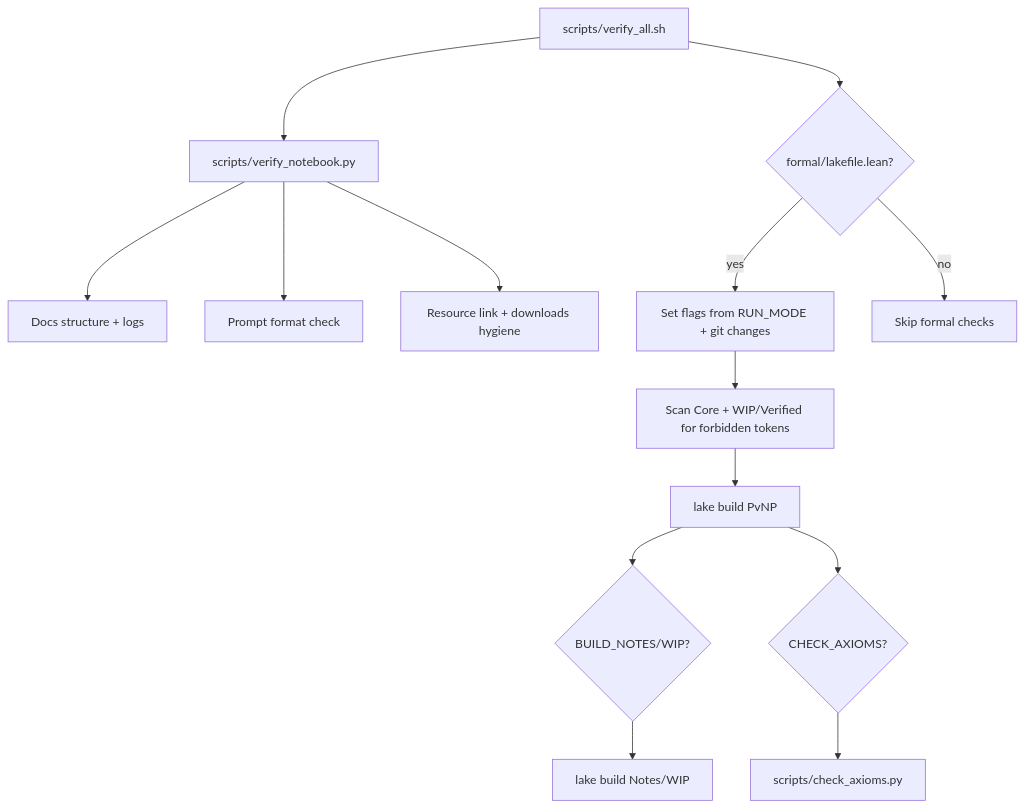
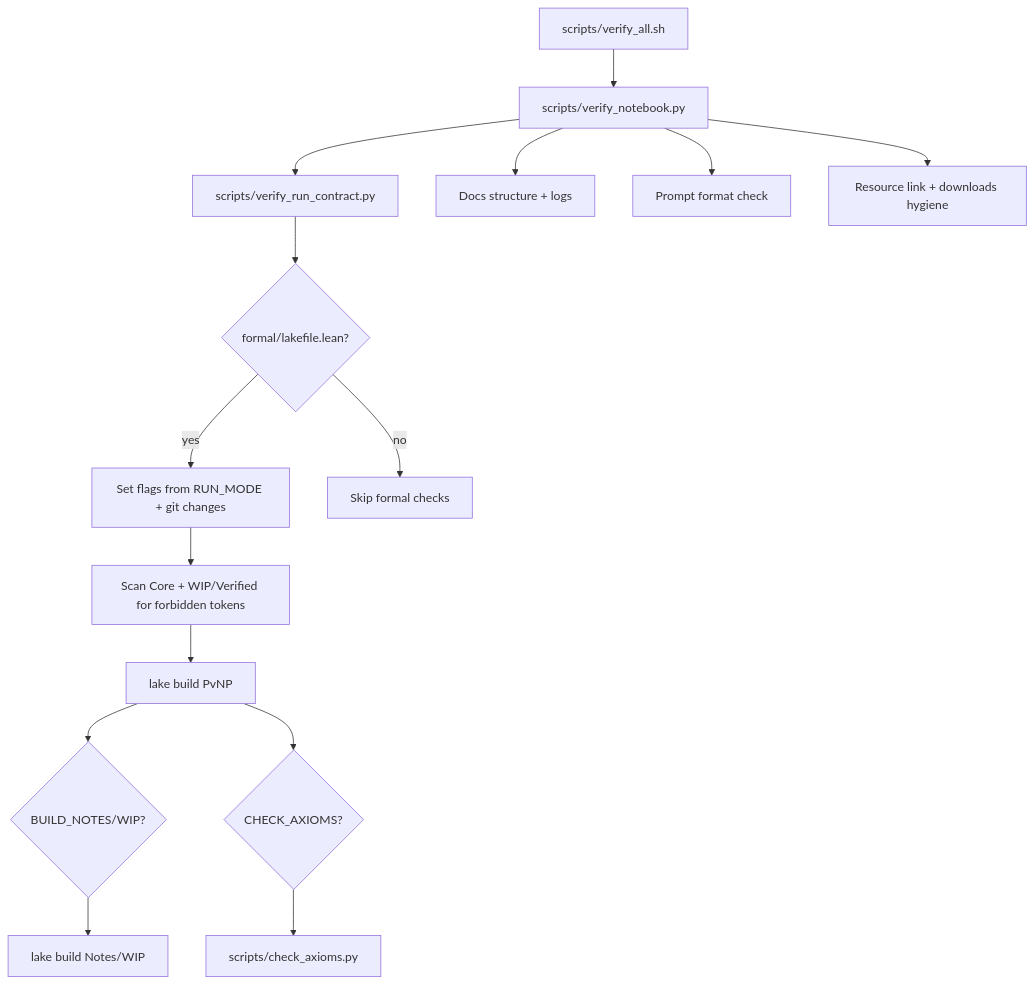
One commit to Xopoko/Experiment-26_P_vs_NP changed the tenth of 15 diagrams in ARCHITECTURE.md. Above: the diagram before and after it, drawn with Mermaid. The commit also changed other lines of this file and 15 other files, not shown here.

````diff
--- a/ARCHITECTURE.md
+++ b/ARCHITECTURE.md
@@ -258,16 +275,17 @@
 ```mermaid
 graph TD
   A[scripts/verify_all.sh] --> B[scripts/verify_notebook.py]
+  B --> B1[scripts/verify_run_contract.py]
   B --> C[Docs structure + logs]
   B --> D[Prompt format check]
   B --> E[Resource link + downloads hygiene]
-  A --> F{formal/lakefile.lean?}
+  B1 --> F{formal/lakefile.lean?}
   F -->|yes| G[Set flags from RUN_MODE + git changes]
   G --> H[Scan Core + WIP/Verified for forbidden tokens]
   H --> I[lake build PvNP]
   I --> J{BUILD_NOTES/WIP?}
   J --> K[lake build Notes/WIP]
   I --> L{CHECK_AXIOMS?}
   L --> M[scripts/check_axioms.py]
   F -->|no| N[Skip formal checks]
 ```
````
